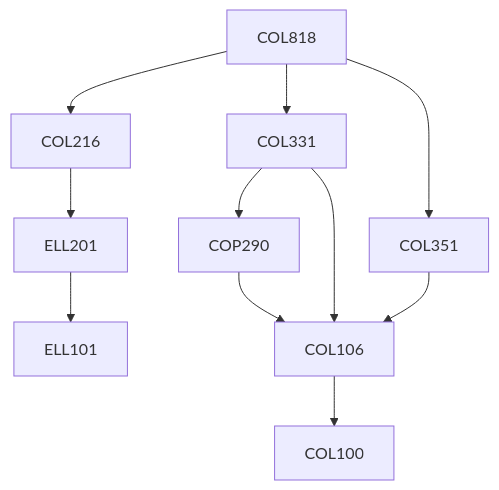
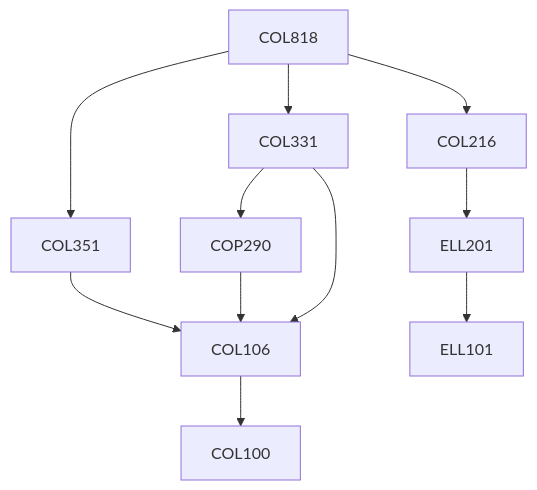
One commit to KeshavBansal0122/CoS_Website changed the diagram in content/Computer Science and Engineering/COL818.md. Above: the diagram before and after it, drawn with Mermaid. The commit also changed other lines of this file and 392 other files, not shown here.

````diff
--- a/content/Computer Science and Engineering/COL818.md
+++ b/content/Computer Science and Engineering/COL818.md
@@ -13,17 +13,17 @@
 ```mermaid
 flowchart TD
 COL818-233[COL818]
-ELL201-233 --> ELL101-233[ELL101]
-COP290-233 --> COL106-233[COL106]
-COL331-233 --> COL106-233[COL106]
-COL216-233 --> ELL201-233[ELL201]
+COL818-233 --> COL331-233[COL331]
 COL331-233 --> COP290-233[COP290]
-COL818-233 --> COL351-233[COL351]
-COL818-233 --> COL216-233[COL216]
-COL818-233 --> COL331-233[COL331]
 COL106-233 --> COL100-233[COL100]
 COL351-233 --> COL106-233[COL106]
+COL818-233 --> COL216-233[COL216]
+COL216-233 --> ELL201-233[ELL201]
+COP290-233 --> COL106-233[COL106]
+COL818-233 --> COL351-233[COL351]
+ELL201-233 --> ELL101-233[ELL101]
+COL331-233 --> COL106-233[COL106]
 
 classDef empty height:17px, fill:transparent, stroke:transparent;
 classDef trueEmpty height:0px, width:0px;
 ```
````
